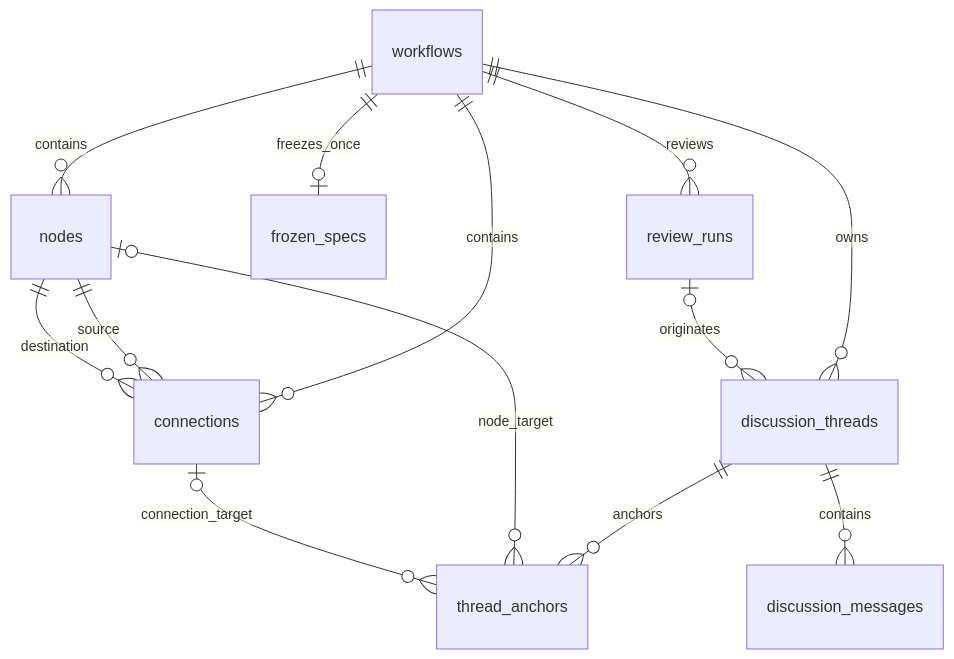
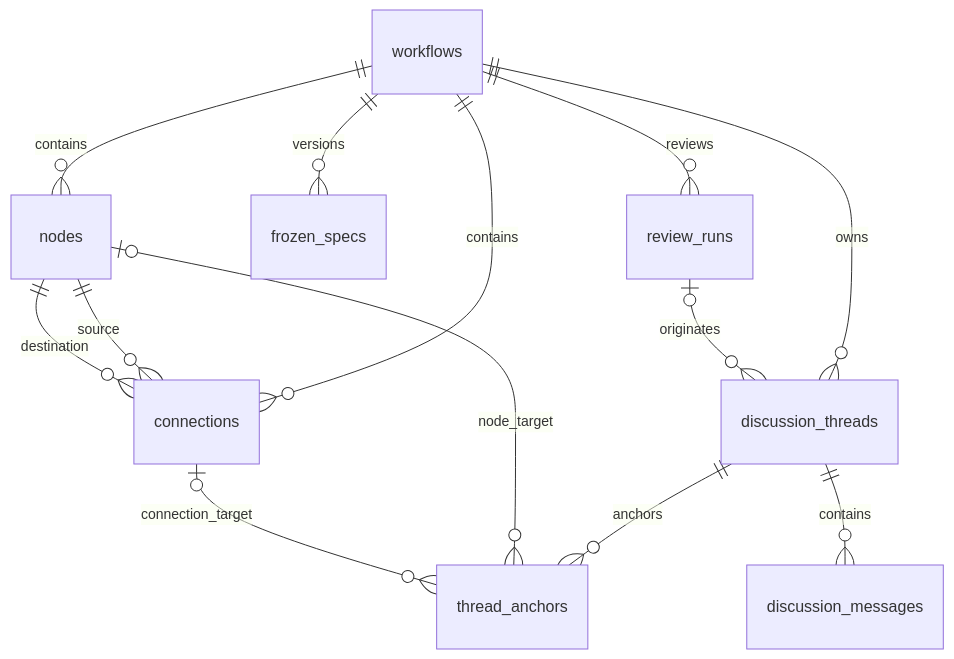
One commit to boovines/meridian-take-home changed the second of 4 diagrams in docs/architecture/overview.md. Above: the diagram before and after it, drawn with Mermaid. The commit also changed other lines of this file and 14 other files, not shown here.

````diff
--- a/docs/architecture/overview.md
+++ b/docs/architecture/overview.md
@@ -63,15 +63,15 @@
 ```mermaid
 erDiagram
     workflows ||--o{ nodes : contains
     workflows ||--o{ connections : contains
     nodes ||--o{ connections : source
     nodes ||--o{ connections : destination
-    workflows ||--o| frozen_specs : freezes_once
+    workflows ||--o{ frozen_specs : versions
     workflows ||--o{ review_runs : reviews
     workflows ||--o{ discussion_threads : owns
     review_runs o|--o{ discussion_threads : originates
     discussion_threads ||--o{ discussion_messages : contains
     discussion_threads ||--o{ thread_anchors : anchors
     nodes o|--o{ thread_anchors : node_target
     connections o|--o{ thread_anchors : connection_target
 ```
````
